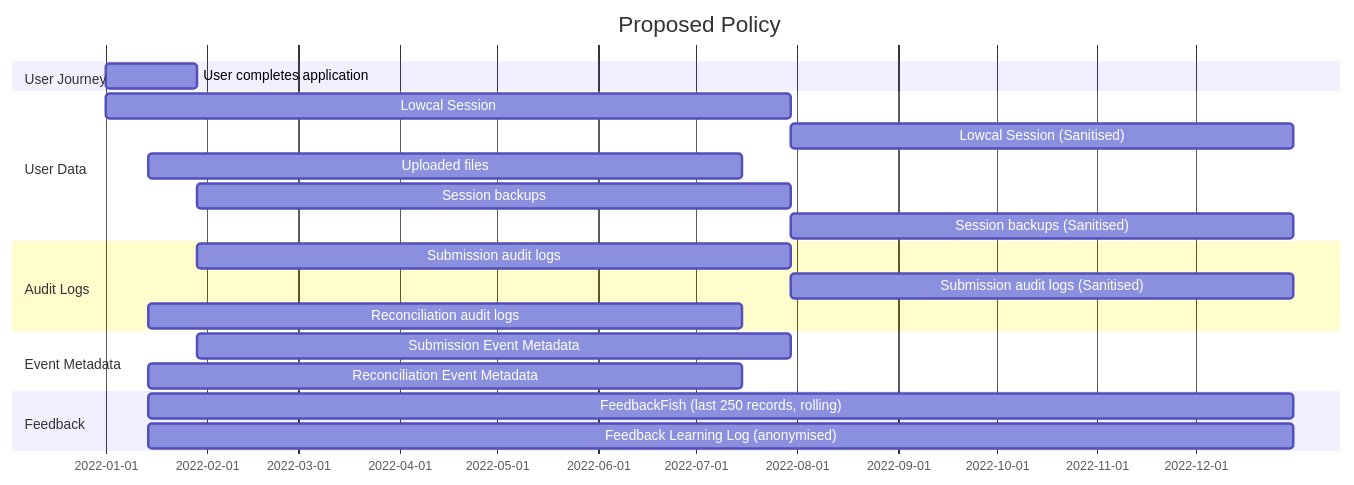
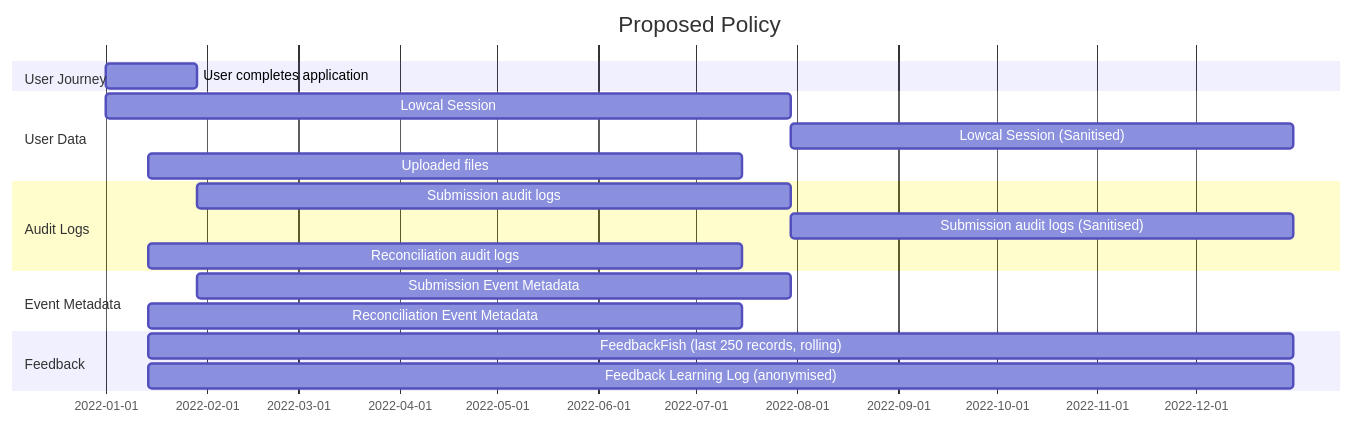
Before and after one commit to theopensystemslab/planx-new: the second of 2 diagrams in doc/architecture/decisions/0005-data-retention-policy.md, drawn with Mermaid. The commit also changed other lines of this file, not shown here.

Commit message:
Remove references to session backup in retention policy

````diff
--- a/doc/architecture/decisions/0005-data-retention-policy.md
+++ b/doc/architecture/decisions/0005-data-retention-policy.md
@@ -48,28 +47,26 @@
 ```mermaid
 gantt
     title Proposed Policy
     dateFormat  YYYY-MM-DD
 
     section User Journey
     User completes application: uj1, 2022-01-01, 28d
 
     section User Data
     Lowcal Session: 2022-01-01, 210d
     Lowcal Session (Sanitised): 2022-12-31
     Uploaded files: 2022-01-14, 182d
-    Session backups: after uj1, 182d
-    Session backups (Sanitised): 2022-12-31
 
     section Audit Logs
     Submission audit logs: after uj1, 182d
     Submission audit logs (Sanitised): 2022-12-31
     Reconciliation audit logs: 2022-01-14, 182d
 
     section Event Metadata
     Submission Event Metadata: after uj1, 182d
     Reconciliation Event Metadata: 2022-01-14, 182d
 
     section Feedback
     FeedbackFish (last 250 records, rolling): 2022-01-14, 2022-12-31
     Feedback Learning Log (anonymised): 2022-01-14, 2022-12-31
 ```
````
